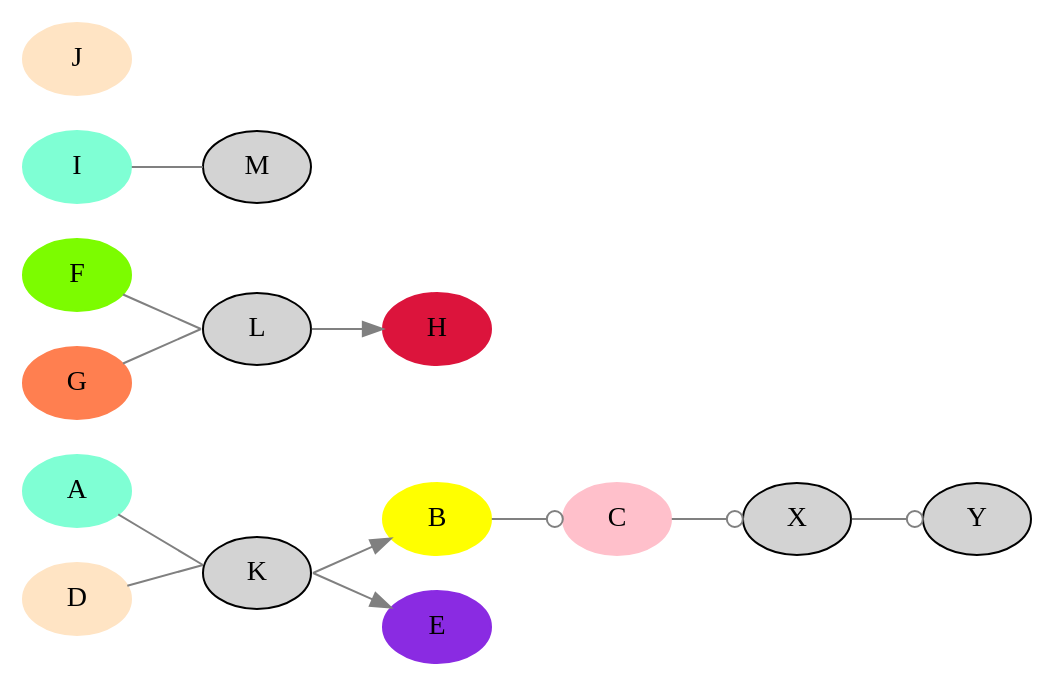
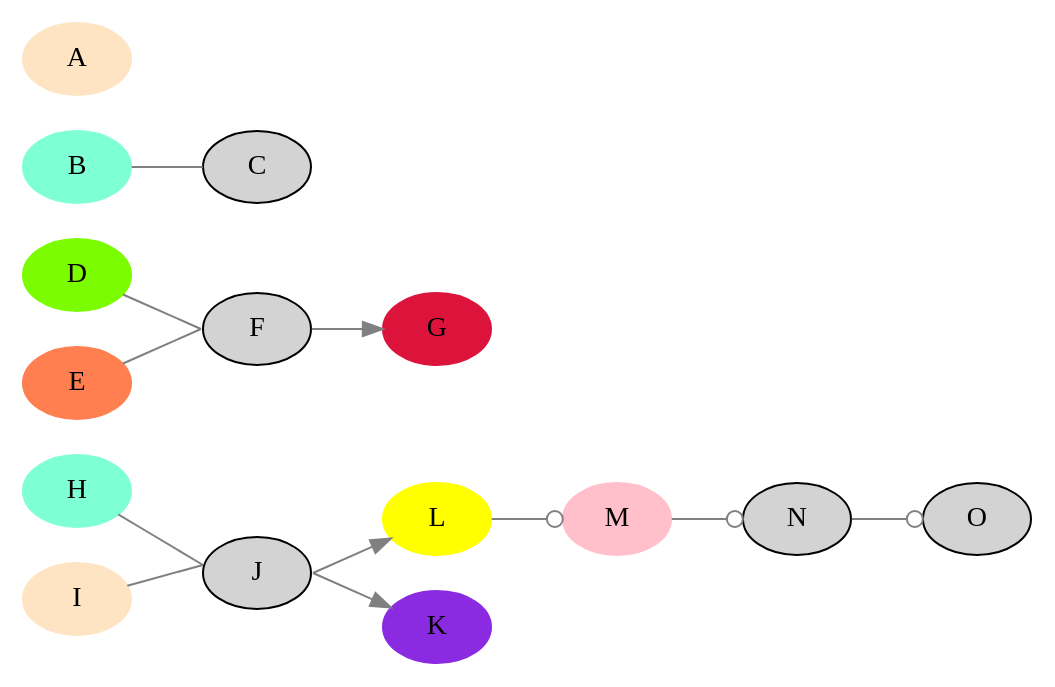
One commit to graphviz-perl/GraphViz2-Marpa-PathUtils changed the diagram in data/14.clusters.in.gv. Above: the diagram before and after it, drawn with Graphviz. The commit also changed 9 other files, not shown here.

```diff
--- a/data/14.clusters.in.gv
+++ b/data/14.clusters.in.gv
@@ -1,35 +1,35 @@
 digraph Perl
 {
 graph [ rankdir="LR" ]
 node  [ shape="oval" ]
 edge  [ color="grey" ]
 node  [ style="filled" ]
 
-A [ color="aquamarine" ]
-B [ color="yellow" ]
-C [ color="pink" ]
-D [ color="bisque" ]
-E [ color="blueviolet" ]
-K
+H [ color="aquamarine" ]
+L [ color="yellow" ]
+M [ color="pink" ]
+I [ color="bisque" ]
+K [ color="blueviolet" ]
+J
 
-D -> K [ arrowhead="none" label="" samehead="1" ]
-A -> K [ arrowhead="none" label="" samehead="1" ]
-K -> B [ label="" sametail="1" ]
-K -> E [ label="" sametail="1" ]
-B -> C -> X -> Y [arrowhead="odot"]
+I -> J [ arrowhead="none" label="" samehead="1" ]
+H -> J [ arrowhead="none" label="" samehead="1" ]
+J -> L [ label="" sametail="1" ]
+J -> K [ label="" sametail="1" ]
+L -> M -> N -> O [arrowhead="odot"]
 
-F [ color="lawngreen" ]
-G [ color="coral" ]
-H [ color="crimson" ]
-L
+D [ color="lawngreen" ]
+E [ color="coral" ]
+G [ color="crimson" ]
+F
 
-F -> L [ arrowhead="none" label="" samehead="1" ]
-G -> L [ arrowhead="none" label="" samehead="1" ]
-L -> H [ label="" sametail="1" ]
+D -> F [ arrowhead="none" label="" samehead="1" ]
+E -> F [ arrowhead="none" label="" samehead="1" ]
+F -> G [ label="" sametail="1" ]
 
-I [ color="aquamarine" ]
-J [ color="bisque" ]
-M
+B [ color="aquamarine" ]
+A [ color="bisque" ]
+C
 
-I -> M [ arrowhead="none" label="" samehead="1" ]
+B -> C [ arrowhead="none" label="" samehead="1" ]
 }
```
